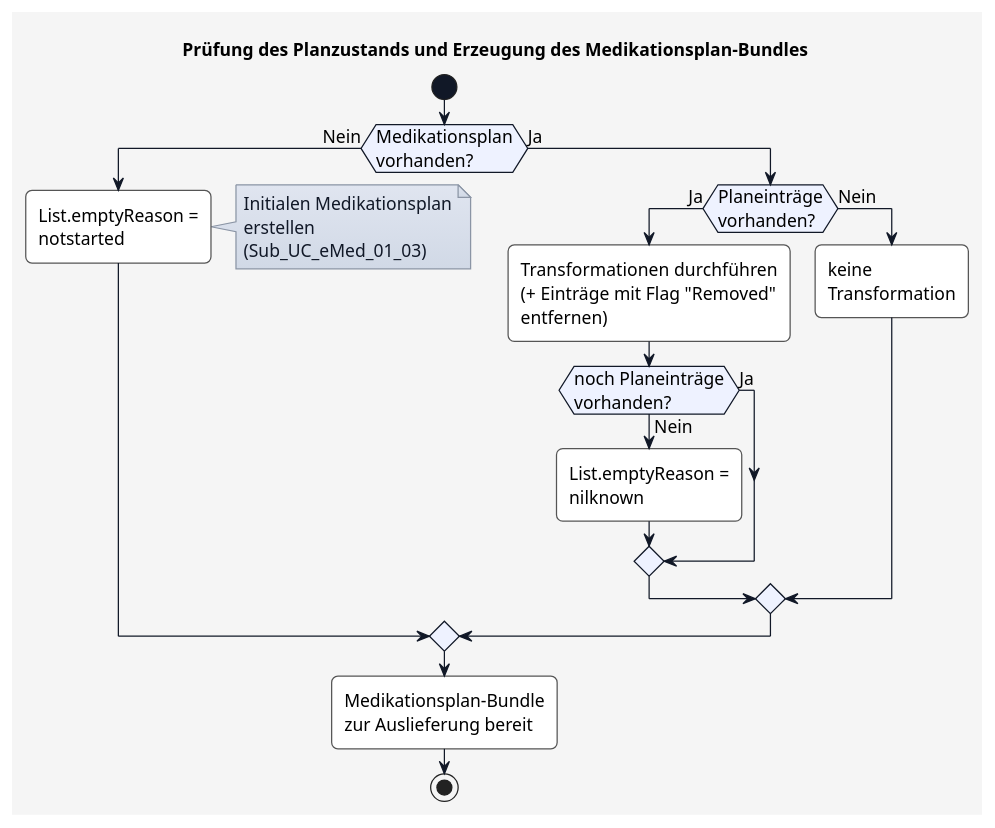
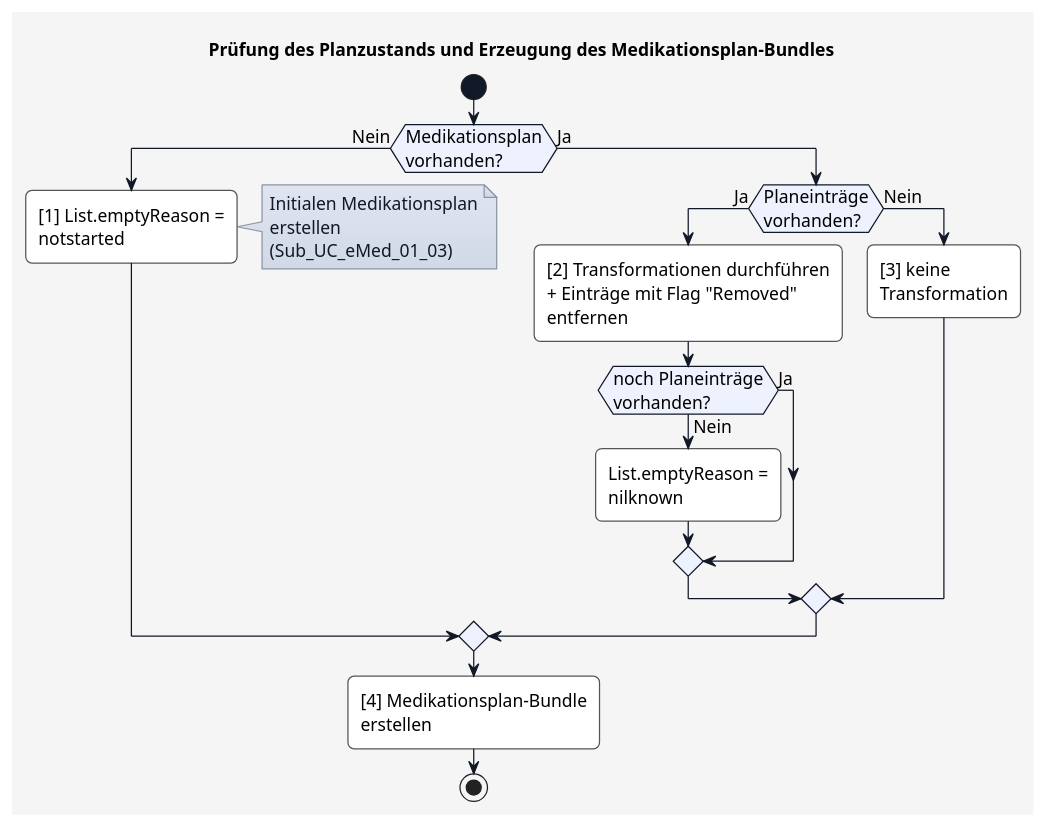
Before and after one commit to HL7Austria/ELGA-e-Medikation-R4: the diagram in plantuml/UC_eMed_01_01_plancheck.plantuml, drawn with PlantUML. The commit also changed 4 other files, not shown here.

```diff
--- a/plantuml/UC_eMed_01_01_plancheck.plantuml
+++ b/plantuml/UC_eMed_01_01_plancheck.plantuml
@@ -1,79 +1,79 @@
 @startuml
 title Prüfung des Planzustands und Erzeugung des Medikationsplan-Bundles
 
 skinparam borderColor #000000
 skinparam backgroundColor #f5f5f5
 skinparam shadowing false
 skinparam roundCorner 10
 skinparam defaultFontName "Arial"
 skinparam defaultFontSize 14
 skinparam defaultFontColor #000000
 skinparam HyperlinkColor #0000EE
 skinparam HyperlinkUnderline false
 skinparam BoxPadding 20
 skinparam BoxBorderColor #555555
 
 skinparam note {
   BackgroundColor #e0e5f0-#d1d9e6
   BorderColor #8b95a5
   BorderThickness 1
   RoundCorner 0
   Padding 6
   FontColor #111827
   Shadowing false
 }
 
 skinparam activity {
   BackgroundColor #ffffff
   BorderColor #555555
   BorderThickness 1
   FontColor #000000
   FontSize 14
   DiamondBackgroundColor #eef2ff
   DiamondBorderColor #111827
   DiamondFontColor #000000
   StartColor #111827
   EndColor #111827
   ArrowColor #111827
   ArrowThickness 1
 }
 
 start
 
 if (Medikationsplan\nvorhanden?) then (Nein)
 
-  :List.emptyReason =\nnotstarted;
+  :[1] List.emptyReason =\nnotstarted;
 
   note right
     Initialen Medikationsplan
     erstellen
     (Sub_UC_eMed_01_03)
   end note
 
 else (Ja)
 
   if (Planeinträge\nvorhanden?) then (Ja)
 
-    :Transformationen durchführen\n(+ Einträge mit Flag "Removed"\nentfernen);
+    :[2] Transformationen durchführen\n+ Einträge mit Flag "Removed"\nentfernen;
 
     if (noch Planeinträge\nvorhanden?) then (Ja)
 
     else (Nein)
 
       :List.emptyReason =\nnilknown;
 
     endif
 
   else (Nein)
 
-    :keine\nTransformation;
+    :[3] keine\nTransformation;
 
   endif
 
 endif
 
-:Medikationsplan-Bundle\nzur Auslieferung bereit;
+:[4] Medikationsplan-Bundle\nerstellen;
 
 stop
 
 @enduml
```
